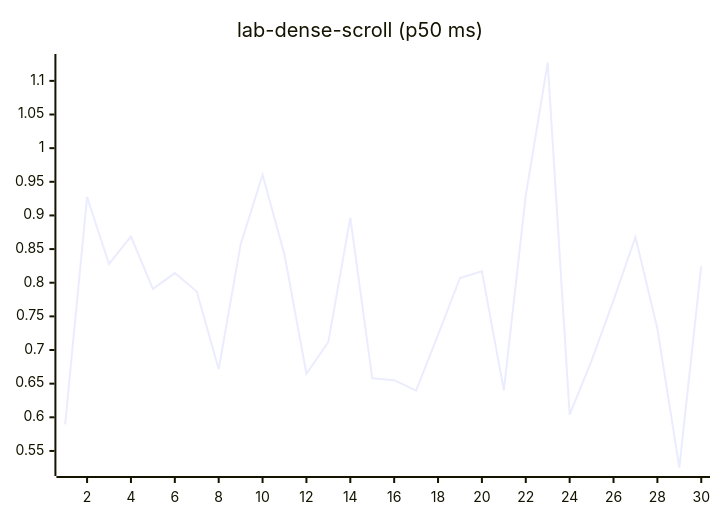
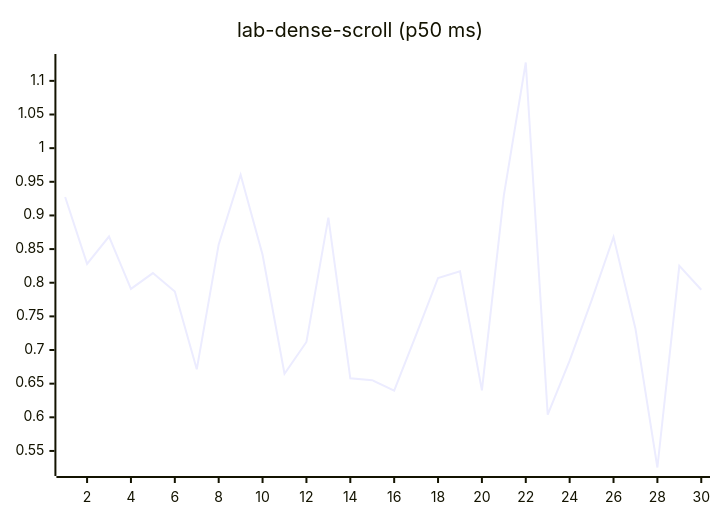
Before and after one commit to josha/Facet: diagram 12 of 27 in README.md, drawn with Mermaid. The commit also changed other lines of this file and 2 other files, not shown here.

````diff
--- a/README.md
+++ b/README.md
@@ -140,6 +140,6 @@
 ```mermaid
 xychart-beta
     title "lab-dense-scroll (p50 ms)"
     x-axis 1 --> 30
-    line [0.5895, 0.9275, 0.8280, 0.8687, 0.7908, 0.8143, 0.7869, 0.6713, 0.8570, 0.9604, 0.8416, 0.6647, 0.7120, 0.8968, 0.6580, 0.6552, 0.6397, 0.7226, 0.8071, 0.8171, 0.6401, 0.9297, 1.1273, 0.6038, 0.6843, 0.7739, 0.8680, 0.7317, 0.5254, 0.8252]
+    line [0.9275, 0.8280, 0.8687, 0.7908, 0.8143, 0.7869, 0.6713, 0.8570, 0.9604, 0.8416, 0.6647, 0.7120, 0.8968, 0.6580, 0.6552, 0.6397, 0.7226, 0.8071, 0.8171, 0.6401, 0.9297, 1.1273, 0.6038, 0.6843, 0.7739, 0.8680, 0.7317, 0.5254, 0.8252, 0.7895]
 ```
````
